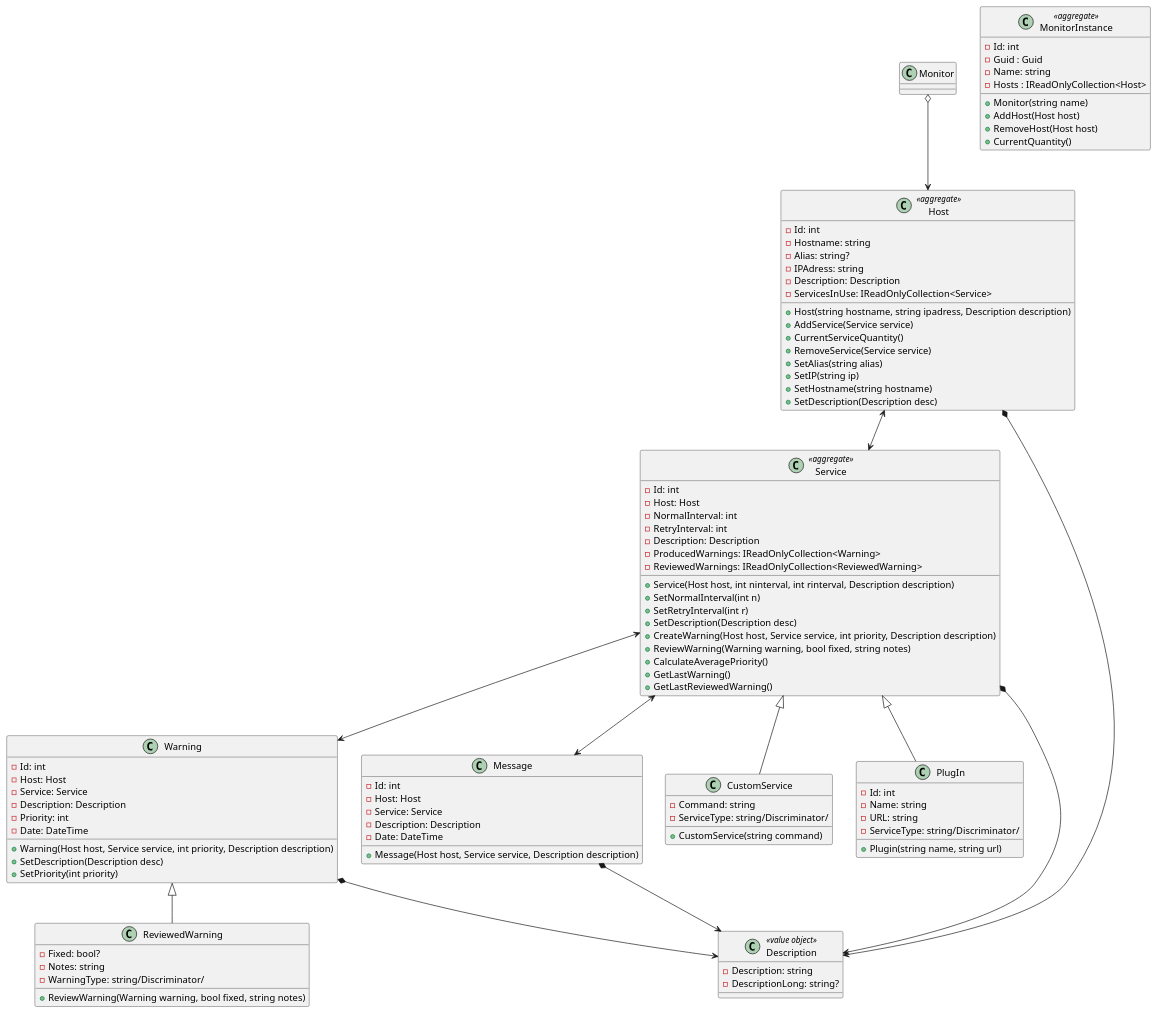
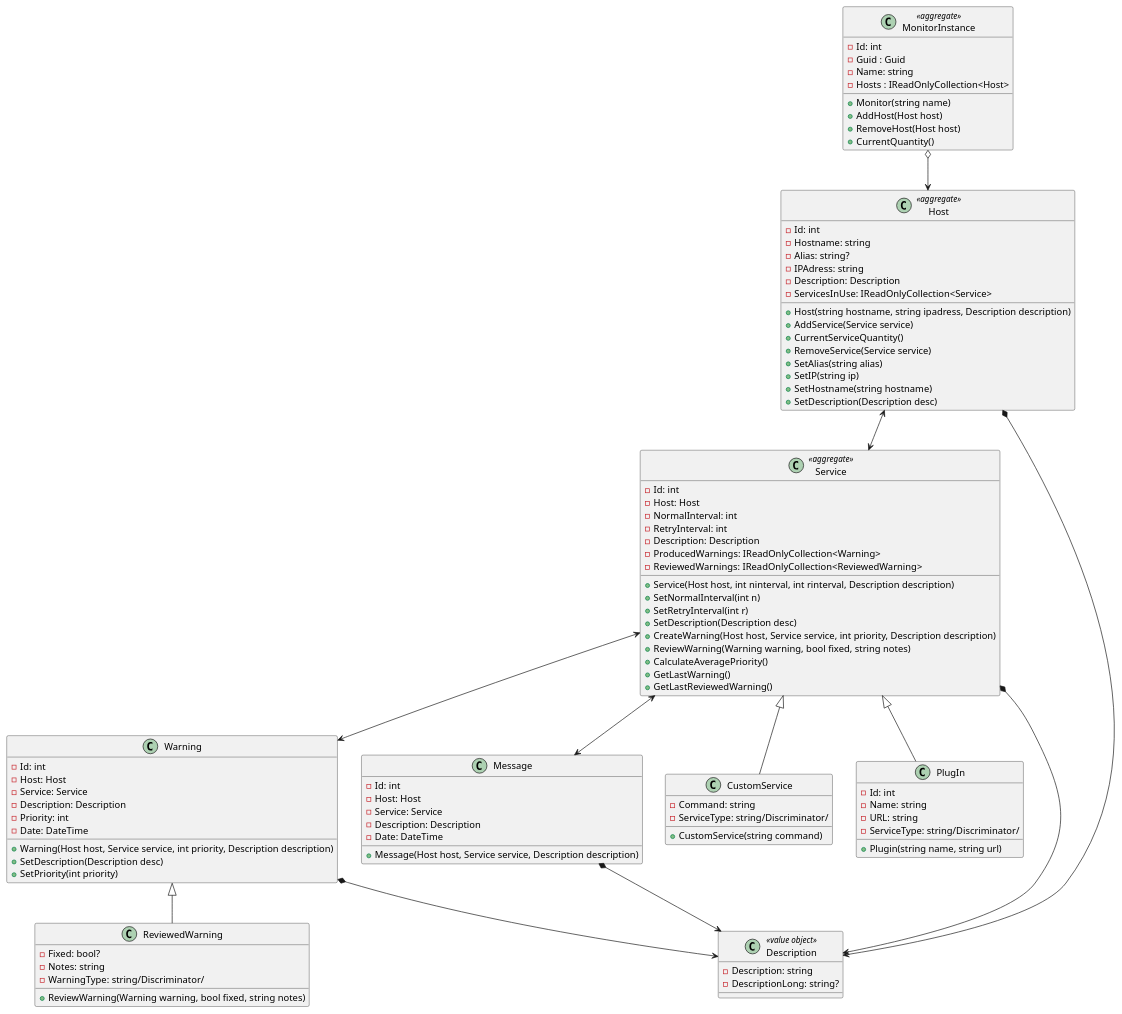
Before and after one commit to pa4ul/NetMonitor: the diagram in ClassDiagram/NetMonitor.puml, drawn with PlantUML. The commit also changed 20 other files, not shown here.

```diff
--- a/ClassDiagram/NetMonitor.puml
+++ b/ClassDiagram/NetMonitor.puml
@@ -1,110 +1,110 @@
 @startuml
 
 class MonitorInstance <<aggregate>>{
     - Id: int
     - Guid : Guid
     - Name: string
     - Hosts : IReadOnlyCollection<Host>
     + Monitor(string name)
     + AddHost(Host host)
     + RemoveHost(Host host)
     + CurrentQuantity()
 }
 class Message{
     -Id: int
     -Host: Host
     -Service: Service
     -Description: Description
     -Date: DateTime
     +Message(Host host, Service service, Description description)
 }
 class Host <<aggregate>>{
     -Id: int
     -Hostname: string
     -Alias: string?
     -IPAdress: string
     -Description: Description
     -ServicesInUse: IReadOnlyCollection<Service>
     +Host(string hostname, string ipadress, Description description)
     +AddService(Service service)
     +CurrentServiceQuantity()
     +RemoveService(Service service)
     +SetAlias(string alias)
     +SetIP(string ip)
     +SetHostname(string hostname)
     +SetDescription(Description desc)
 }
 class Service<<aggregate>>{
     -Id: int
     -Host: Host
     -NormalInterval: int
     -RetryInterval: int
     -Description: Description
     -ProducedWarnings: IReadOnlyCollection<Warning>
     -ReviewedWarnings: IReadOnlyCollection<ReviewedWarning>
     +Service(Host host, int ninterval, int rinterval, Description description)
     +SetNormalInterval(int n)
     +SetRetryInterval(int r)
     +SetDescription(Description desc)
     +CreateWarning(Host host, Service service, int priority, Description description)
     +ReviewWarning(Warning warning, bool fixed, string notes)
     +CalculateAveragePriority()
     +GetLastWarning()
     +GetLastReviewedWarning()
 
 }
 
 class CustomService{
     -Command: string
     -ServiceType: string/Discriminator/
     +CustomService(string command)
 }
 
 class PlugIn{
     -Id: int
     -Name: string
     -URL: string
     -ServiceType: string/Discriminator/
     +Plugin(string name, string url)
 }
 
 class Description <<value object>>{
     -Description: string
     -DescriptionLong: string?
 }
 
 class Warning{
     -Id: int
     -Host: Host
     -Service: Service
     -Description: Description
     -Priority: int
     -Date: DateTime
     +Warning(Host host, Service service, int priority, Description description)
     +SetDescription(Description desc)
     +SetPriority(int priority)
     
 }
 
 class ReviewedWarning{
     -Fixed: bool?
     -Notes: string
     -WarningType: string/Discriminator/
     +ReviewWarning(Warning warning, bool fixed, string notes)
 }
 
 
 
 ReviewedWarning -up-|> Warning
 CustomService -up-|> Service
 PlugIn -up-|> Service
 Host *--> Description
 Service *--> Description
 Warning *--> Description
 Message *--> Description
 Host <--> Service
-Monitor o--> Host
+MonitorInstance o--> Host
 Service <--> Warning
 Service <--> Message
 
 @enduml
```
